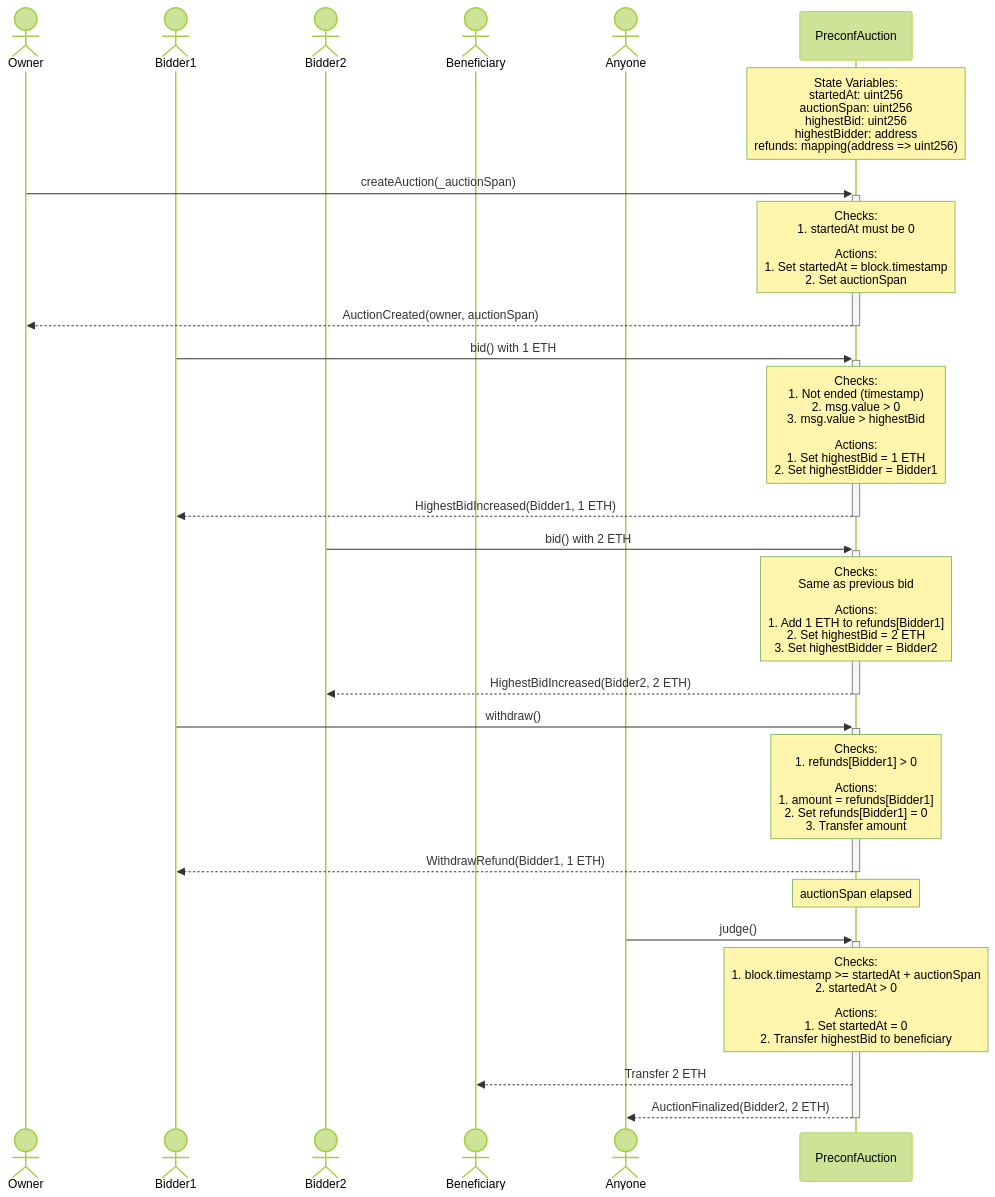
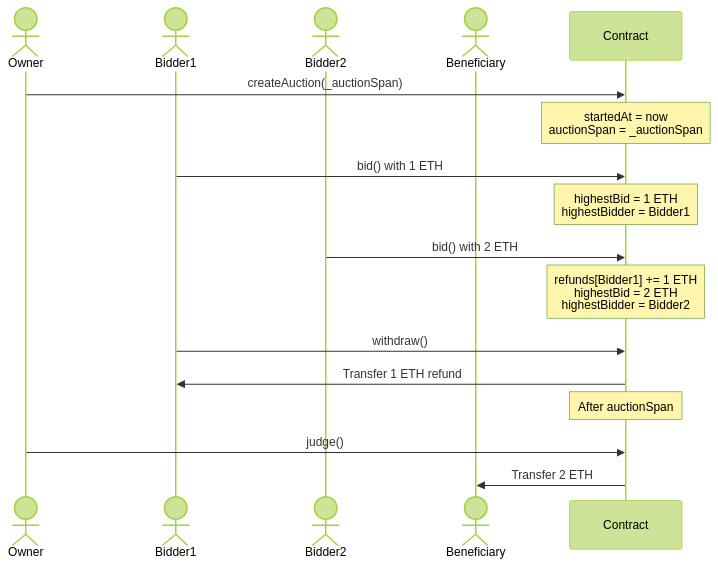
The diagram in README.md (JinTanba/preconf-auction), drawn with Mermaid (forest theme) before and after one commit.

Commit message:
README.md を更新

````diff
--- a/README.md
+++ b/README.md
@@ -71,35 +71,25 @@
 ```mermaid
 sequenceDiagram
-    actor Owner
-    actor Bidder1
-    actor Bidder2
-    actor Beneficiary
-    actor Anyone
-    participant Contract as PreconfAuction
+    actor O as Owner
+    actor B1 as Bidder1
+    actor B2 as Bidder2
+    actor Ben as Beneficiary
+    participant C as Contract
 
-    Note over Contract: State Variables:<br/>startedAt: uint256<br/>auctionSpan: uint256<br/>highestBid: uint256<br/>highestBidder: address<br/>refunds: mapping(address => uint256)
+    O->>C: createAuction(_auctionSpan)
+    Note over C: startedAt = now<br>auctionSpan = _auctionSpan
 
-    Owner->>+Contract: createAuction(_auctionSpan)
-    Note over Contract: Checks:<br/>1. startedAt must be 0<br/><br/>Actions:<br/>1. Set startedAt = block.timestamp<br/>2. Set auctionSpan
-    Contract-->>-Owner: AuctionCreated(owner, auctionSpan)
+    B1->>C: bid() with 1 ETH
+    Note over C: highestBid = 1 ETH<br>highestBidder = Bidder1
+
+    B2->>C: bid() with 2 ETH
+    Note over C: refunds[Bidder1] += 1 ETH<br>highestBid = 2 ETH<br>highestBidder = Bidder2
+
+    B1->>C: withdraw()
+    C->>B1: Transfer 1 ETH refund
+
+    Note over C: After auctionSpan
     
-    Bidder1->>+Contract: bid() with 1 ETH
-    Note over Contract: Checks:<br/>1. Not ended (timestamp)<br/>2. msg.value > 0<br/>3. msg.value > highestBid<br/><br/>Actions:<br/>1. Set highestBid = 1 ETH<br/>2. Set highestBidder = Bidder1
-    Contract-->>-Bidder1: HighestBidIncreased(Bidder1, 1 ETH)
-    
-    Bidder2->>+Contract: bid() with 2 ETH
-    Note over Contract: Checks:<br/>Same as previous bid<br/><br/>Actions:<br/>1. Add 1 ETH to refunds[Bidder1]<br/>2. Set highestBid = 2 ETH<br/>3. Set highestBidder = Bidder2
-    Contract-->>-Bidder2: HighestBidIncreased(Bidder2, 2 ETH)
-    
-    Bidder1->>+Contract: withdraw()
-    Note over Contract: Checks:<br/>1. refunds[Bidder1] > 0<br/><br/>Actions:<br/>1. amount = refunds[Bidder1]<br/>2. Set refunds[Bidder1] = 0<br/>3. Transfer amount
-    Contract-->>-Bidder1: WithdrawRefund(Bidder1, 1 ETH)
-    
-    Note over Contract: auctionSpan elapsed
-    
-    Anyone->>+Contract: judge()
-    Note over Contract: Checks:<br/>1. block.timestamp >= startedAt + auctionSpan<br/>2. startedAt > 0<br/><br/>Actions:<br/>1. Set startedAt = 0<br/>2. Transfer highestBid to beneficiary
-    Contract-->>Beneficiary: Transfer 2 ETH
-    Contract-->>-Anyone: AuctionFinalized(Bidder2, 2 ETH)
-
+    O->>C: judge()
+    C->>Ben: Transfer 2 ETH
 ```
````
